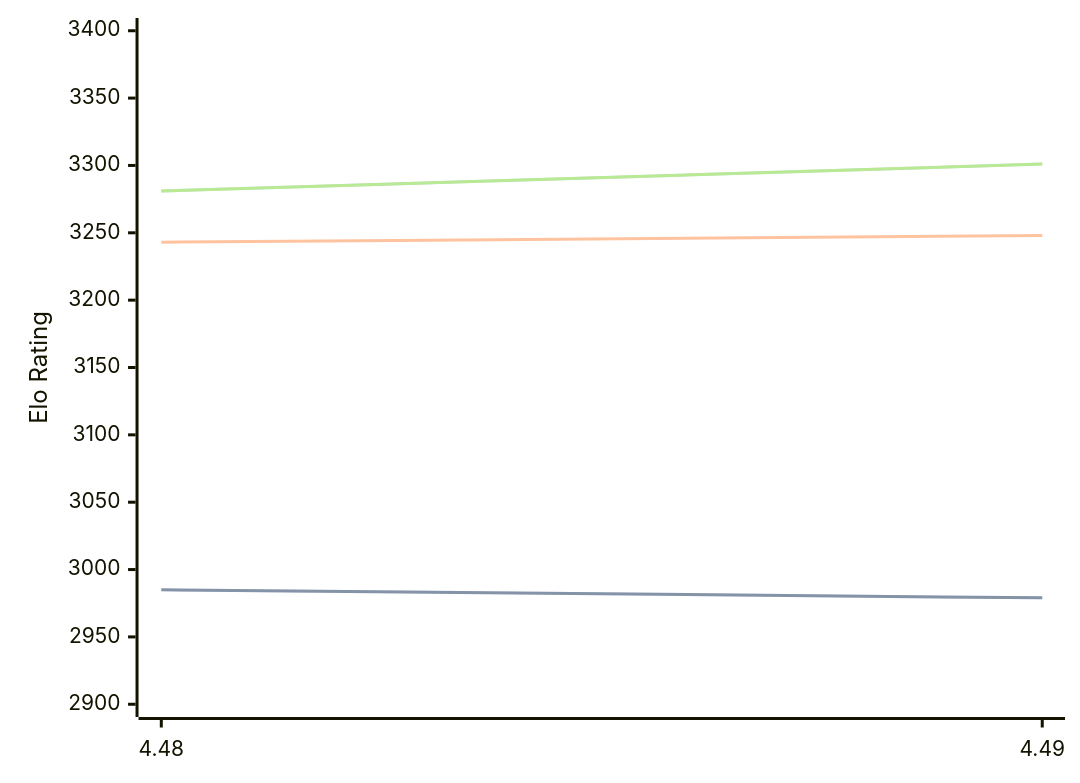
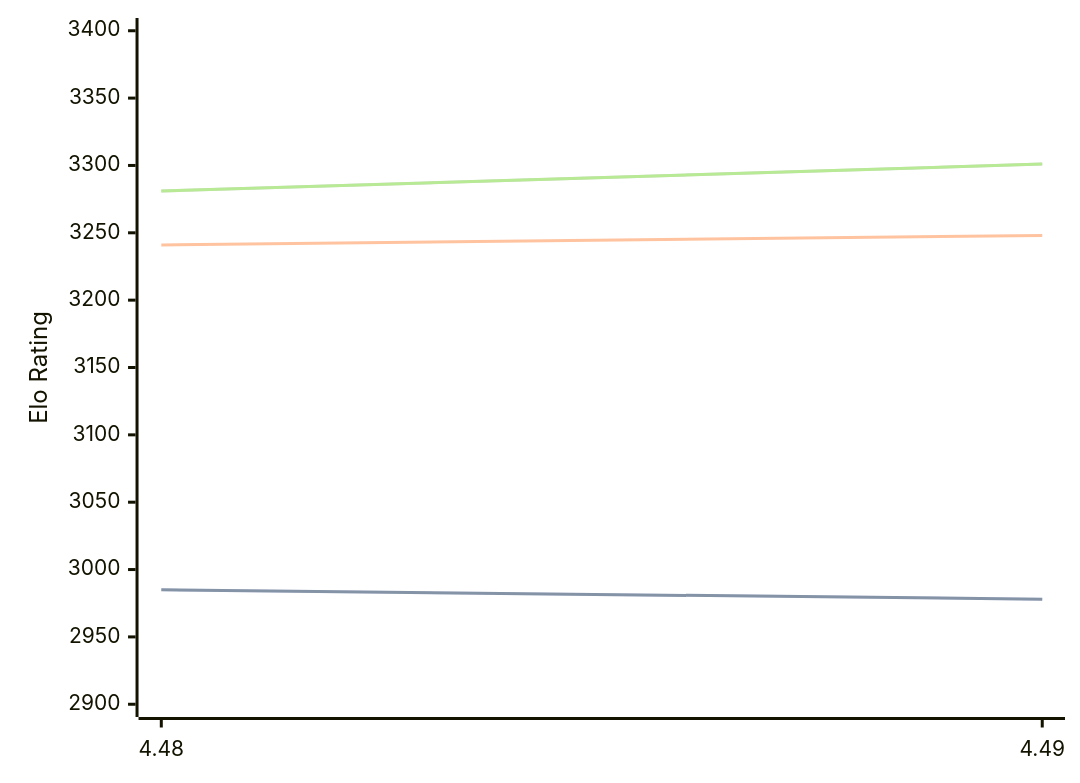
The diagram in engines/Cheng4.md (computer-chess-index/cci), drawn with Mermaid before and after one commit. The commit also changed other lines of this file, not shown here.

````diff
--- a/engines/Cheng4.md
+++ b/engines/Cheng4.md
@@ -32,11 +32,11 @@
 ```mermaid
 %%{init: {"theme":"base","themeVariables":{"seriesColors:['#a3a3a3','#222221','#faa371']}}}%%
 xychart-beta
   x-axis ["4.48", "4.49"]
   y-axis "Elo Rating" 2900 --> 3400
-  line "" [2985, 2979]
-  line "STC (8.0+0.08s)" [2985, 2979]
-  line "LTC (60.0+0.60s)" [3243, 3248]
+  line "" [2985, 2978]
+  line "STC (8.0+0.08s)" [2985, 2978]
+  line "LTC (60.0+0.60s)" [3241, 3248]
   line "" [3281, 3301]
   line "VLTC (2m24s+1.12s)" [3281, 3301]
 ```
````
